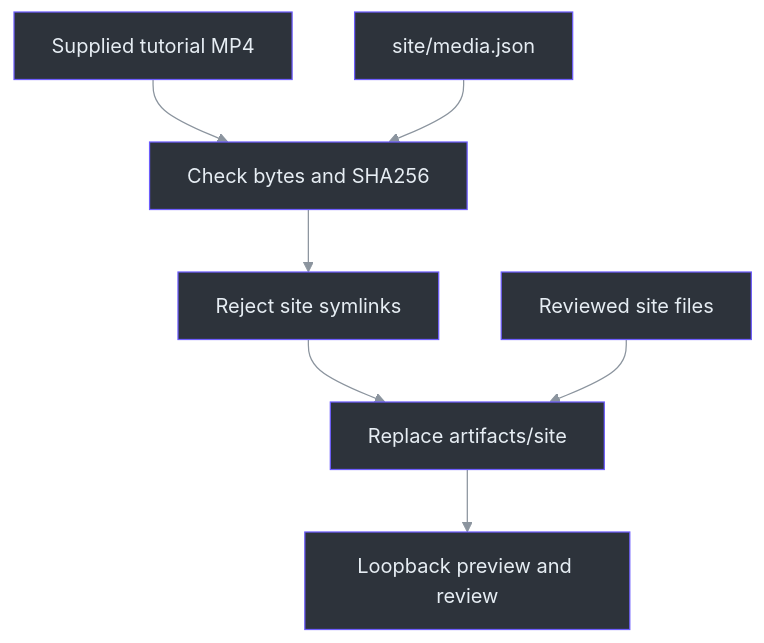
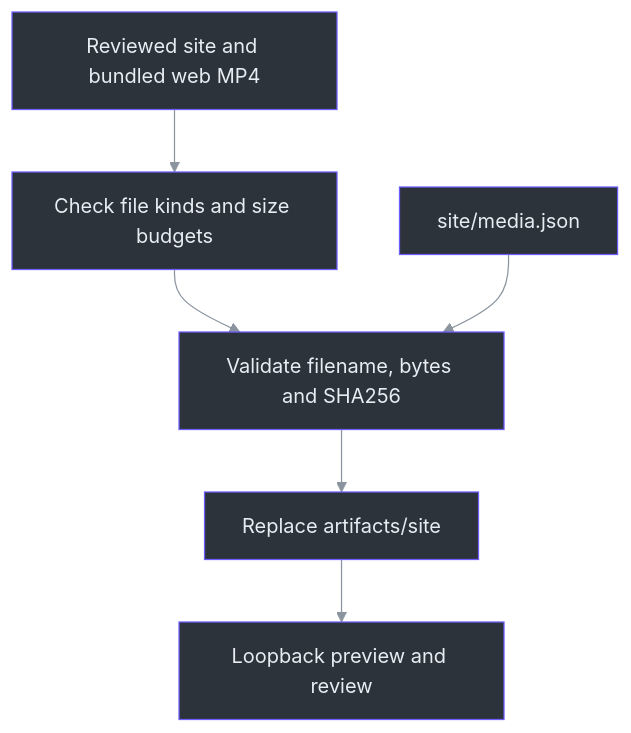
The diagram in docs/handbook/assets/diagrams/website-01.mmd (Zanark/phantom-fudge), drawn with Mermaid before and after one commit. The commit also changed 54 other files, not shown here.

```diff
--- a/docs/handbook/assets/diagrams/website-01.mmd
+++ b/docs/handbook/assets/diagrams/website-01.mmd
@@ -1,14 +1,13 @@
 ---
 config: {"theme":"base","themeVariables":{"primaryColor":"#2d333b","primaryBorderColor":"#6d5dfc","primaryTextColor":"#e6edf3","lineColor":"#8b949e","textColor":"#e6edf3"}}
 ---
 flowchart TB
     accTitle: Local website assembly
-    accDescr: The immutable MP4 must match the public media identity before only site files and video are copied into the local preview.
-    A["Supplied tutorial MP4"] --> C["Check bytes and SHA256"]
-    B["site/media.json"] --> C
-    C --> D["Reject site symlinks"]
-    D --> E["Replace artifacts/site"]
-    F["Reviewed site files"] --> E
-    E --> G["Loopback preview and review"]
+    accDescr: Bundled public site files must pass file-kind, size and media-identity checks before replacing the local preview.
+    A["Reviewed site and bundled web MP4"] --> B["Check file kinds and size budgets"]
+    B --> C["Validate filename, bytes and SHA256"]
+    M["site/media.json"] --> C
+    C --> D["Replace artifacts/site"]
+    D --> E["Loopback preview and review"]
     classDef stage fill:#2d333b,stroke:#6d5dfc,color:#e6edf3
-    class A,B,C,D,E,F,G stage
+    class A,B,C,D,E,M stage
```
